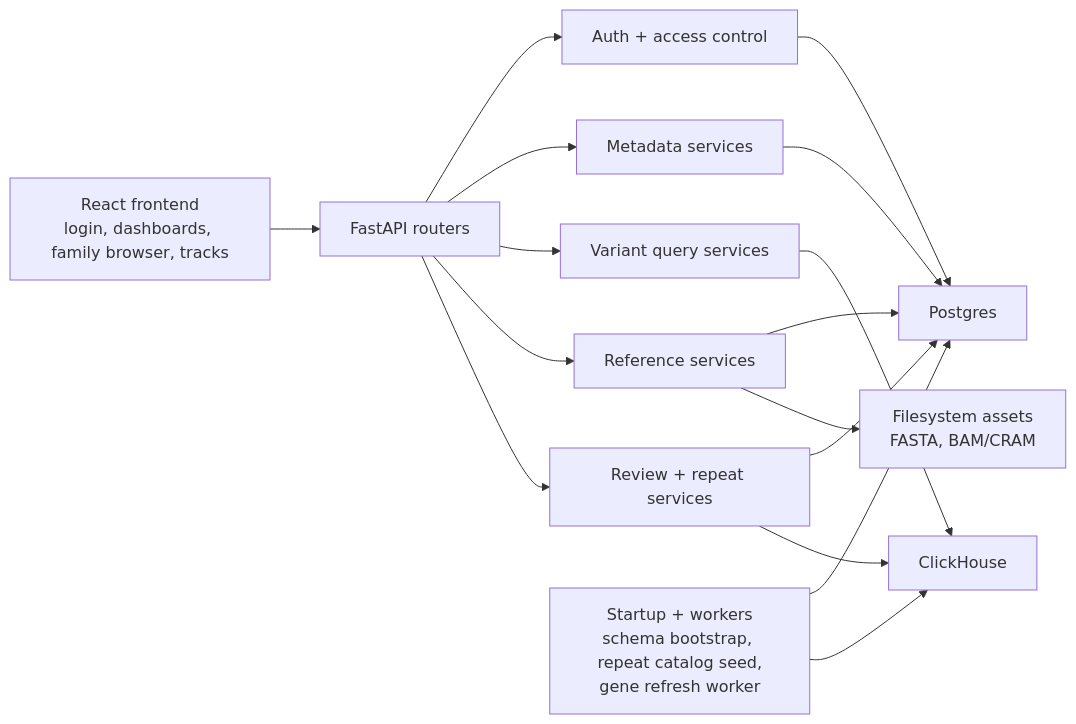
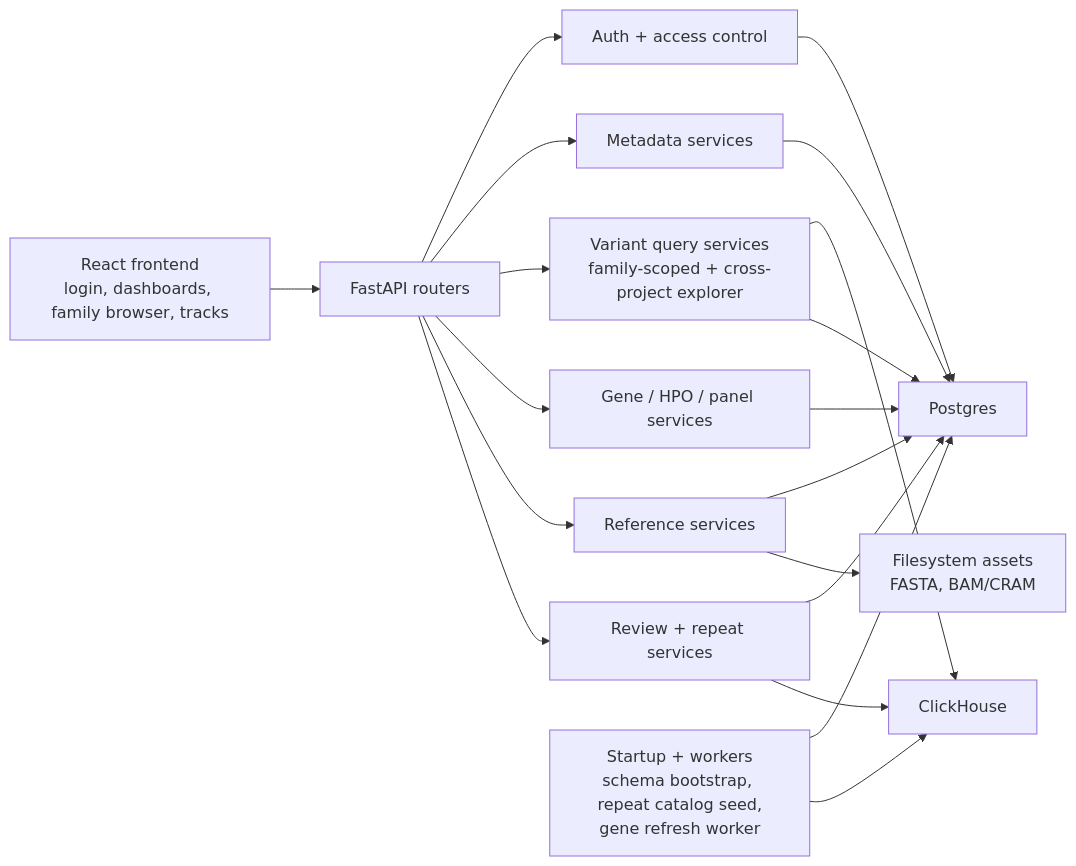
One commit to CenterForMedicalGeneticsGhent/CoGA changed the diagram in docs/application-scheme.md. Above: the diagram before and after it, drawn with Mermaid. The commit also changed other lines of this file and 7 other files, not shown here.

````diff
--- a/docs/application-scheme.md
+++ b/docs/application-scheme.md
@@ -3,23 +3,26 @@
 ```mermaid
 flowchart LR
     UI["React frontend<br/>login, dashboards, family browser, tracks"] --> API["FastAPI routers"]
 
     API --> AUTH["Auth + access control"]
     API --> META["Metadata services"]
-    API --> VAR["Variant query services"]
+    API --> VAR["Variant query services<br/>family-scoped + cross-project explorer"]
+    API --> GENE["Gene / HPO / panel services"]
     API --> REF["Reference services"]
     API --> REVIEW["Review + repeat services"]
 
     AUTH --> PG["Postgres"]
     META --> PG
+    GENE --> PG
     REF --> PG
     REVIEW --> PG
 
     VAR --> CH["ClickHouse"]
+    VAR --> PG
     REVIEW --> CH
 
     REF --> FS["Filesystem assets<br/>FASTA, BAM/CRAM"]
 
     JOBS["Startup + workers<br/>schema bootstrap, repeat catalog seed,<br/>gene refresh worker"] --> PG
     JOBS --> CH
 ```
````
